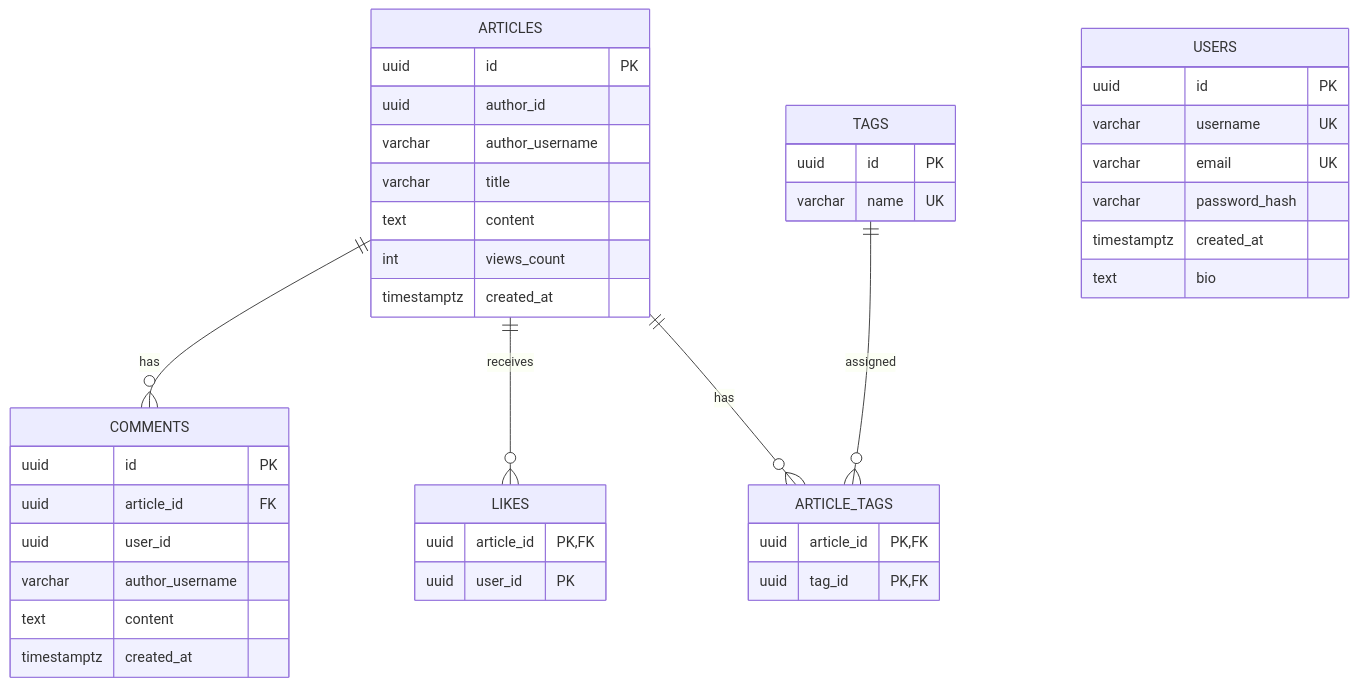
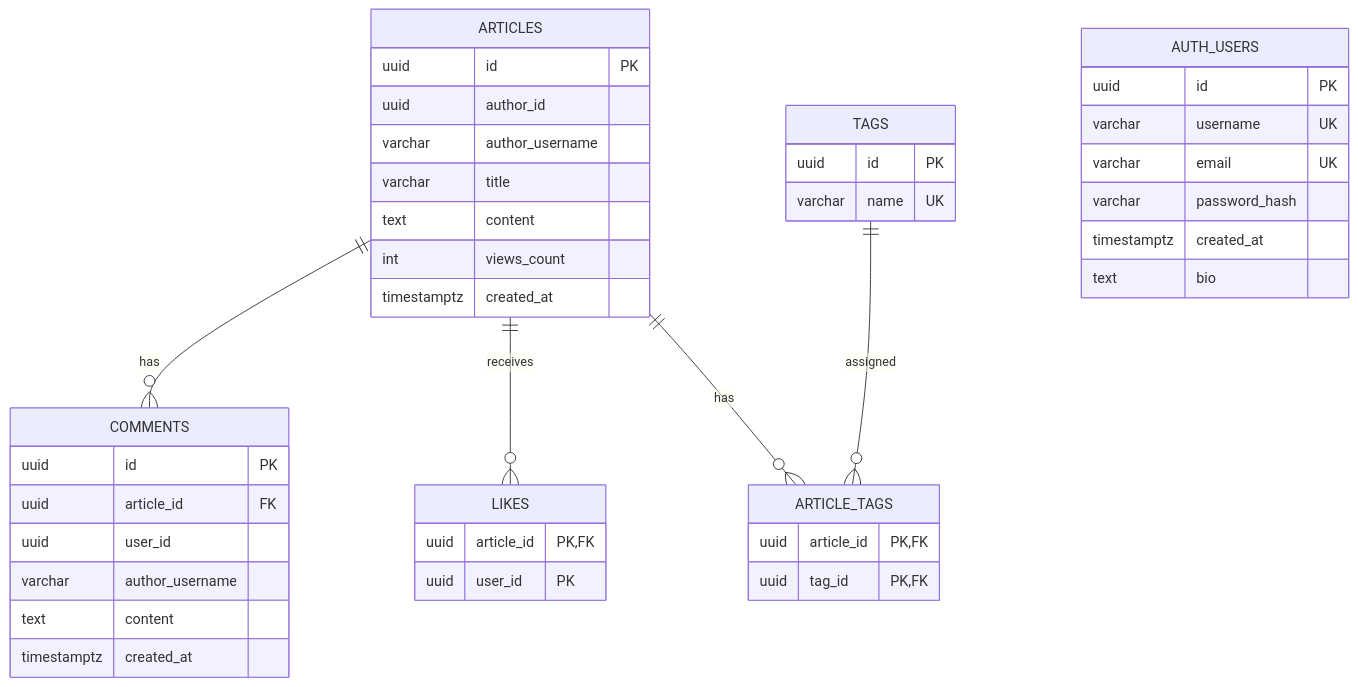
One commit to lya122221/Blog-Backend changed the diagram in README.md. Above: the diagram before and after it, drawn with Mermaid. The commit also changed other lines of this file and 17 other files, not shown here.

````diff
--- a/README.md
+++ b/README.md
@@ -78,45 +77,45 @@
 ```mermaid
 erDiagram
     ARTICLES ||--o{ COMMENTS : has
     ARTICLES ||--o{ LIKES : receives
     ARTICLES ||--o{ ARTICLE_TAGS : has
     TAGS ||--o{ ARTICLE_TAGS : assigned
 
-    USERS {
+    AUTH_USERS {
         uuid id PK
         varchar username UK
         varchar email UK
         varchar password_hash
         timestamptz created_at
         text bio
     }
     ARTICLES {
         uuid id PK
         uuid author_id
         varchar author_username
         varchar title
         text content
         int views_count
         timestamptz created_at
     }
     TAGS {
         uuid id PK
         varchar name UK
     }
     ARTICLE_TAGS {
         uuid article_id PK, FK
         uuid tag_id PK, FK
     }
     COMMENTS {
         uuid id PK
         uuid article_id FK
         uuid user_id
         varchar author_username
         text content
         timestamptz created_at
     }
     LIKES {
         uuid article_id PK, FK
         uuid user_id PK
     }
 ```
````
